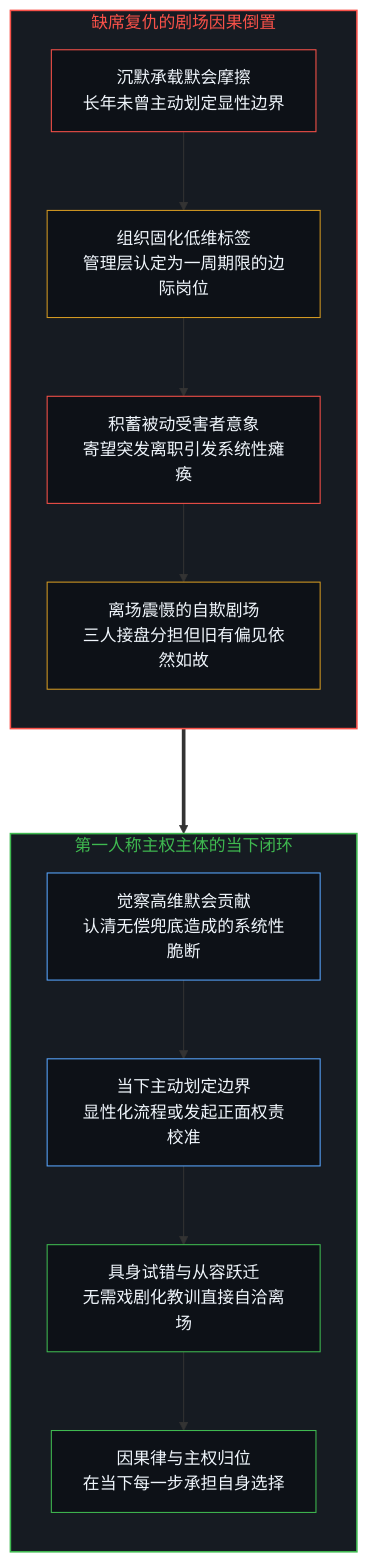
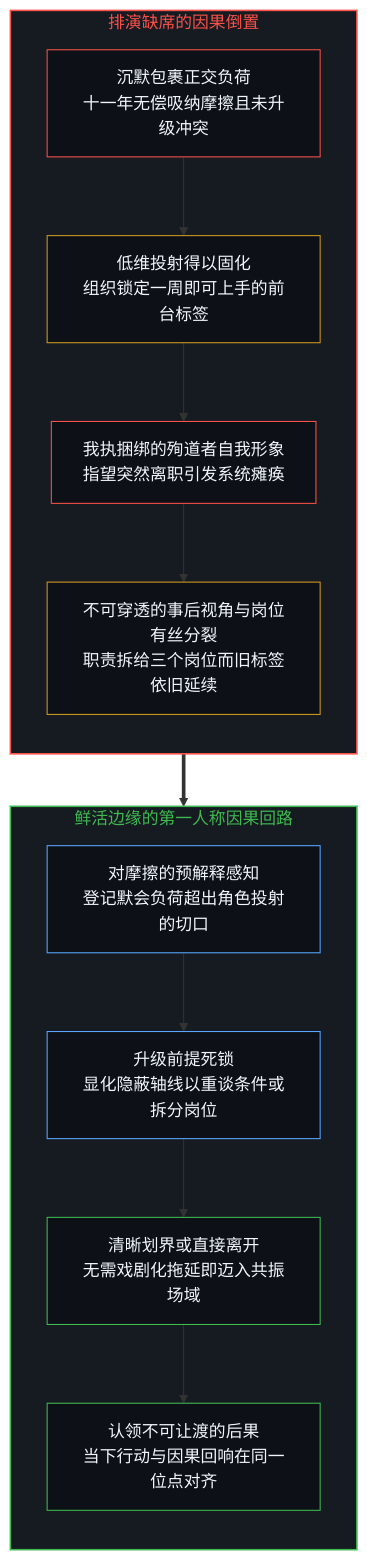
Before and after one commit to powerpig99/not-a-toe: the first of 2 diagrams in content/posts/the-receptionist-parable-and-the-causal-inversion-of-absence.md, drawn with Mermaid. The commit also changed other lines of this file and 1 other file, not shown here.

````diff
--- a/content/posts/the-receptionist-parable-and-the-causal-inversion-of-absence.md
+++ b/content/posts/the-receptionist-parable-and-the-causal-inversion-of-absence.md
@@ -25,29 +31,29 @@
 ```mermaid
-graph TD
-    subgraph S_Fantasy ["缺席复仇的剧场因果倒置"]
+flowchart TD
+    subgraph S_Fantasy ["排演缺席的因果倒置"]
         direction TB
-        F1["沉默承载默会摩擦<br/>长年未曾主动划定显性边界"] --> F2["组织固化低维标签<br/>管理层认定为一周期限的边际岗位"]
-        F2 --> F3["积蓄被动受害者意象<br/>寄望突发离职引发系统性瘫痪"]
-        F3 --> F4["离场震慑的自欺剧场<br/>三人接盘分担但旧有偏见依然如故"]
+        F1["沉默包裹正交负荷<br/>十一年无偿吸纳摩擦且未升级冲突"] --> F2["低维投射得以固化<br/>组织锁定一周即可上手的前台标签"]
+        F2 --> F3["我执捆绑的殉道者自我形象<br/>指望突然离职引发系统瘫痪"]
+        F3 --> F4["不可穿透的事后视角与岗位有丝分裂<br/>职责拆给三个岗位而旧标签依旧延续"]
     end
 
-    S_Fantasy ===> S_Sovereign
+    subgraph S_Sovereign ["鲜活边缘的第一人称因果回路"]
+        direction TB
+        R1["对摩擦的预解释感知<br/>登记默会负荷超出角色投射的切口"] --> R2["升级前提死锁<br/>显化隐蔽轴线以重谈条件或拆分岗位"]
+        R2 --> R3["清晰划界或直接离开<br/>无需戏剧化拖延即迈入共振场域"]
+        R3 --> R4["认领不可让渡的后果<br/>当下行动与因果回响在同一位点对齐"]
+    end
 
-    subgraph S_Sovereign ["第一人称主权主体的当下闭环"]
-        direction TB
-        R1["觉察高维默会贡献<br/>认清无偿兜底造成的系统性脆断"] --> R2["当下主动划定边界<br/>显性化流程或发起正面权责校准"]
-        R2 --> R3["具身试错与从容跃迁<br/>无需戏剧化教训直接自洽离场"]
-        R3 --> R4["因果律与主权归位<br/>在当下每一步承担自身选择"]
-    end
+    F4 ==> R1
 
     style S_Fantasy fill:#161b22,stroke:#f85149,stroke-width:1.5px,color:#f85149
     style S_Sovereign fill:#161b22,stroke:#3fb950,stroke-width:1.5px,color:#3fb950
     style F1 fill:#0d1117,stroke:#f85149,stroke-width:1px,color:#f0f6fc
     style F2 fill:#0d1117,stroke:#d29922,stroke-width:1px,color:#f0f6fc
     style F3 fill:#0d1117,stroke:#f85149,stroke-width:1px,color:#f0f6fc
     style F4 fill:#0d1117,stroke:#d29922,stroke-width:1px,color:#f0f6fc
     style R1 fill:#0d1117,stroke:#58a6ff,stroke-width:1px,color:#f0f6fc
     style R2 fill:#0d1117,stroke:#58a6ff,stroke-width:1px,color:#f0f6fc
     style R3 fill:#0d1117,stroke:#3fb950,stroke-width:1px,color:#f0f6fc
     style R4 fill:#0d1117,stroke:#3fb950,stroke-width:1px,color:#f0f6fc
 ```
````
